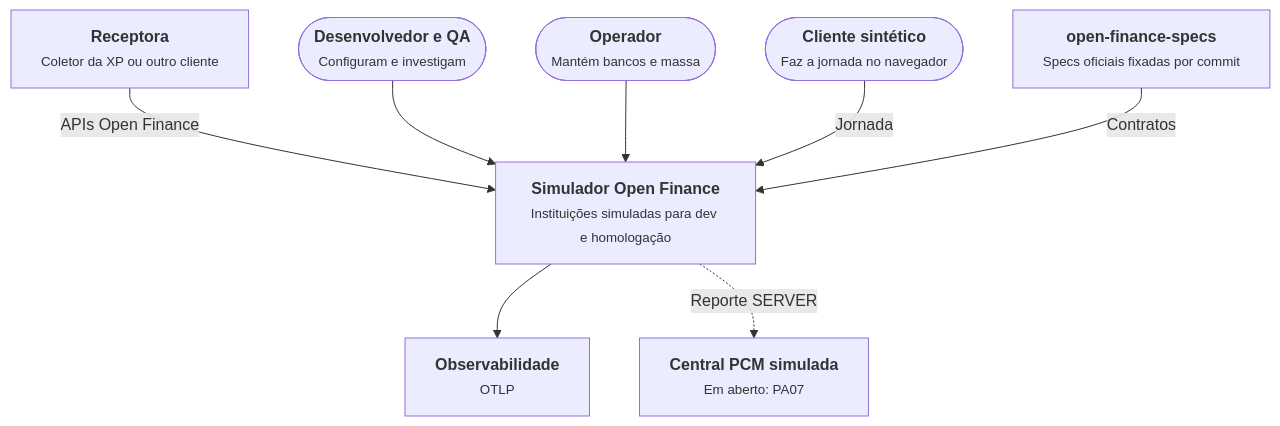
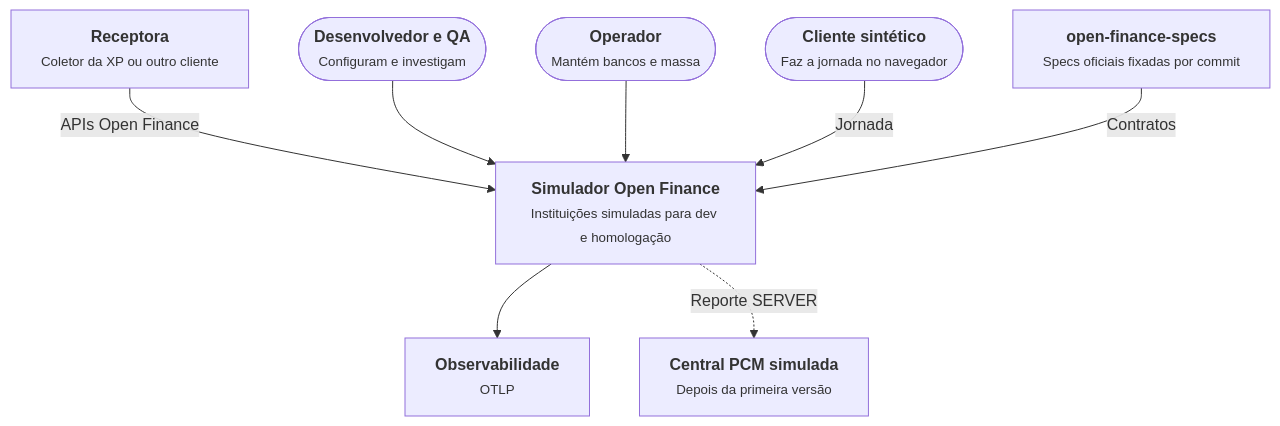
One commit to marcelosotto/open-finance-simulator changed the diagram in docs/02-arquitetura/c4/C1-contexto.md. Above: the diagram before and after it, drawn with Mermaid. The commit also changed 14 other files, not shown here.

````diff
--- a/docs/02-arquitetura/c4/C1-contexto.md
+++ b/docs/02-arquitetura/c4/C1-contexto.md
@@ -7,21 +7,21 @@
 ```mermaid
 flowchart TB
   dev(["<b>Desenvolvedor e QA</b><br/><small>Configuram e investigam</small>"])
   op(["<b>Operador</b><br/><small>Mantém bancos e massa</small>"])
   cli(["<b>Cliente sintético</b><br/><small>Faz a jornada no navegador</small>"])
 
   sim["<b>Simulador Open Finance</b><br/><small>Instituições simuladas para dev e homologação</small>"]
 
   rec["<b>Receptora</b><br/><small>Coletor da XP ou outro cliente</small>"]
   specs["<b>open-finance-specs</b><br/><small>Specs oficiais fixadas por commit</small>"]
   obs["<b>Observabilidade</b><br/><small>OTLP</small>"]
-  pcm["<b>Central PCM simulada</b><br/><small>Em aberto: PA07</small>"]
+  pcm["<b>Central PCM simulada</b><br/><small>Depois da primeira versão</small>"]
 
   rec -->|"APIs Open Finance"| sim
   dev --> sim
   op --> sim
   cli -->|"Jornada"| sim
   specs -->|"Contratos"| sim
   sim --> obs
   sim -.->|"Reporte SERVER"| pcm
 ```
````
